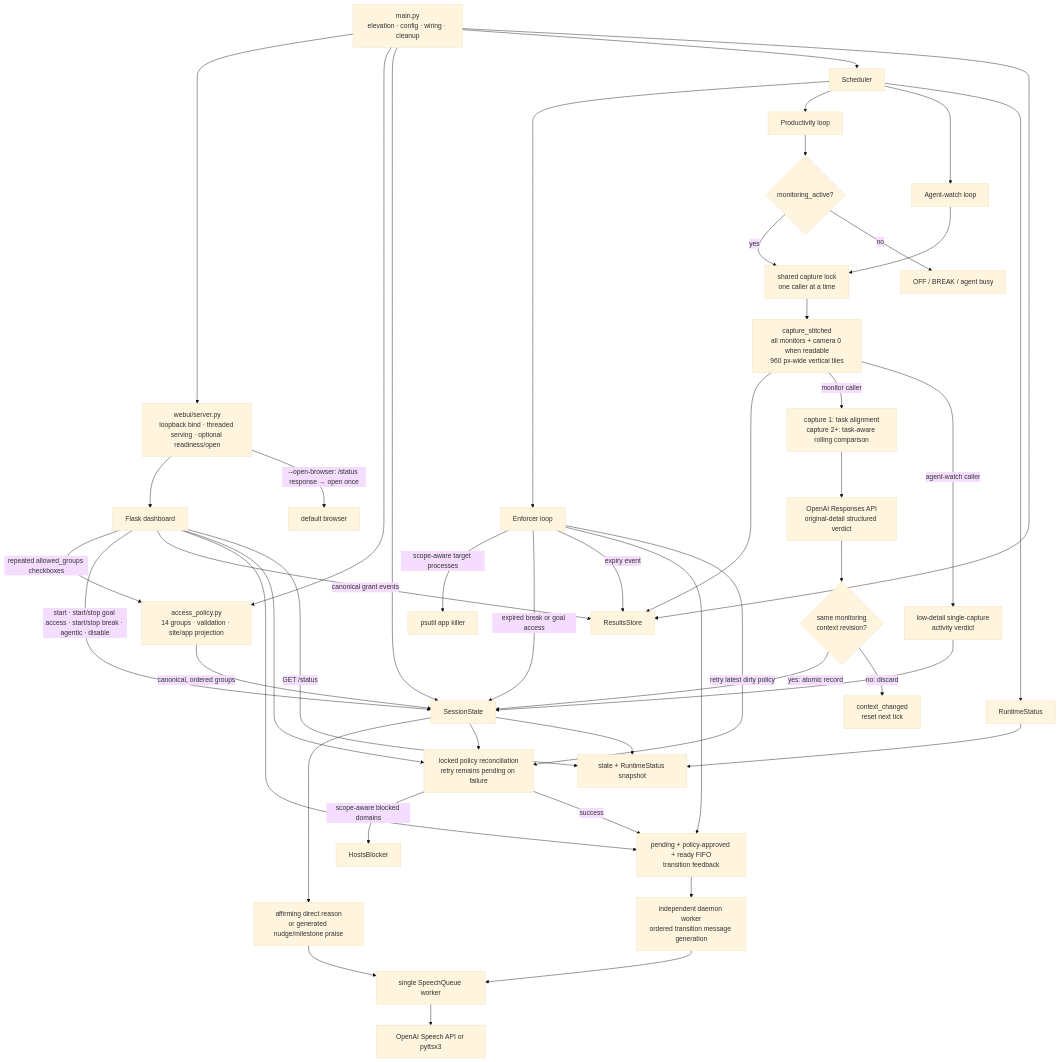
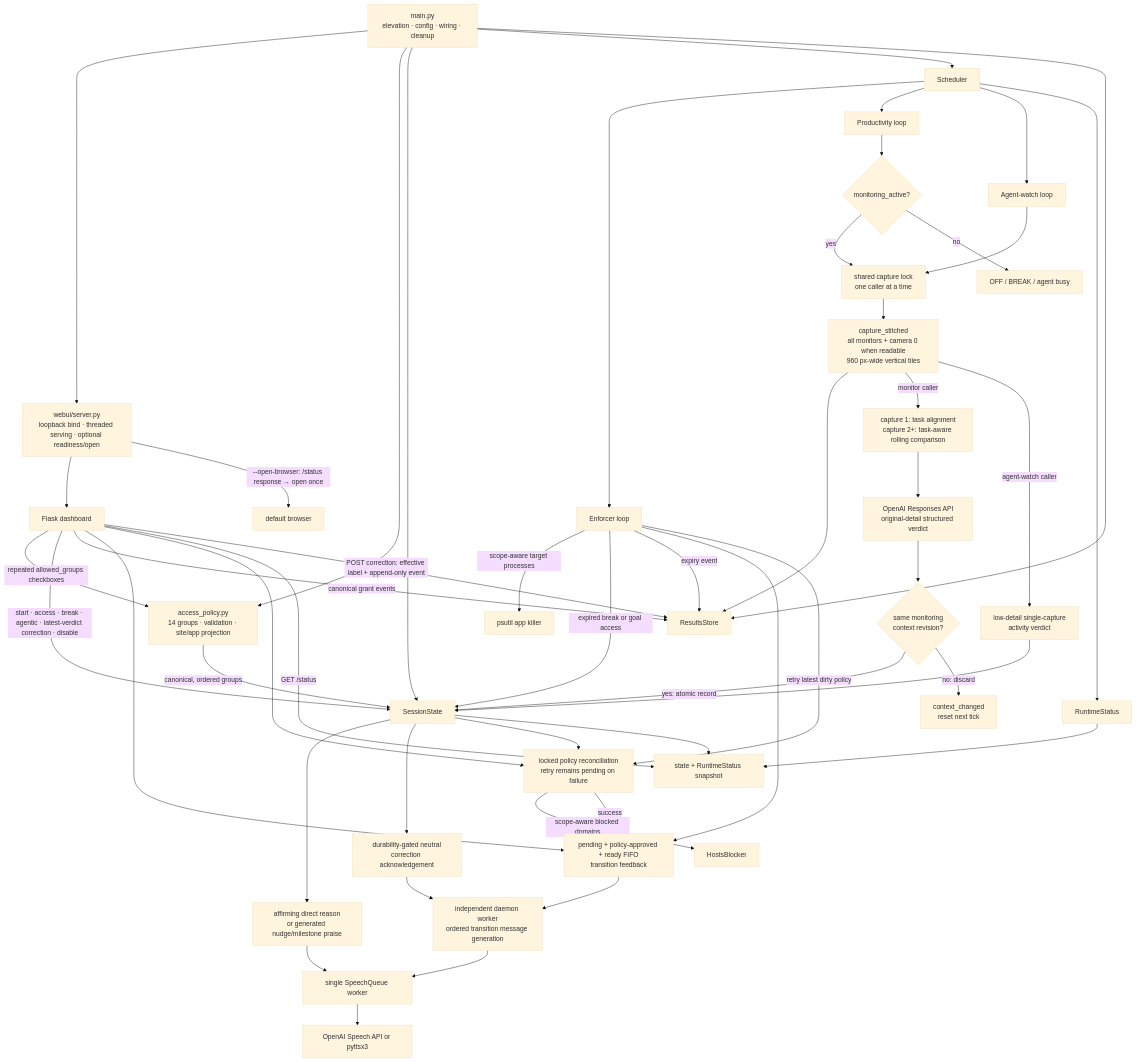
The diagram in README.md (BurnyCoder/deep-work-jarvis-waifu-supervisor), drawn with Mermaid (base theme) before and after one commit. The commit also changed other lines of this file and 5 other files, not shown here.

Commit message:
feat: add reversible latest verdict controls

````diff
--- a/README.md
+++ b/README.md
@@ -265,54 +278,57 @@
 ```mermaid
 flowchart TD
     Main["main.py<br/>elevation · config · wiring · cleanup"] --> Server["webui/server.py<br/>loopback bind · threaded serving · optional readiness/open"]
     Server --> UI["Flask dashboard"]
     Server -- "--open-browser: /status response → open once" --> Browser["default browser"]
     Main --> Policy["access_policy.py<br/>14 groups · validation · site/app projection"]
     Main --> State["SessionState"]
     Main --> Scheduler["Scheduler"]
     Main --> Store["ResultsStore"]
 
     UI -- "repeated allowed_groups checkboxes" --> Policy
     Policy -- "canonical, ordered groups" --> State
-    UI -- "start · start/stop goal access · start/stop break · agentic · disable" --> State
+    UI -- "start · access · break · agentic · latest-verdict correction · disable" --> State
     UI -- "canonical grant events" --> Store
     UI --> GoalFeedback["pending + policy-approved + ready FIFO<br/>transition feedback"]
     UI --> Reconcile["locked policy reconciliation<br/>retry remains pending on failure"]
     UI -- "GET /status" --> Status["state + RuntimeStatus snapshot"]
 
     Scheduler --> Enforcer["Enforcer loop"]
     Enforcer -- "scope-aware target processes" --> AppKiller["psutil app killer"]
     Enforcer -- "expired break or goal access" --> State
     Enforcer -- "expiry event" --> Store
     Enforcer --> GoalFeedback
     Enforcer -- "retry latest dirty policy" --> Reconcile
     Reconcile -- "scope-aware blocked domains" --> Hosts["HostsBlocker"]
     Reconcile -- "success" --> GoalFeedback
     GoalFeedback --> TransitionVoice["independent daemon worker<br/>ordered transition message generation"]
 
     Scheduler --> Monitor["Productivity loop"]
     Monitor --> Gate{"monitoring_active?"}
     Gate -- "yes" --> CaptureLock["shared capture lock<br/>one caller at a time"]
     Gate -- "no" --> Paused["OFF / BREAK / agent busy"]
     CaptureLock --> Capture["capture_stitched<br/>all monitors + camera 0 when readable<br/>960 px-wide vertical tiles"]
     Capture --> Store
     Capture -- "monitor caller" --> Analyzer["capture 1: task alignment<br/>capture 2+: task-aware rolling comparison"]
     Analyzer --> Vision["OpenAI Responses API<br/>original-detail structured verdict"]
     Vision --> ContextGate{"same monitoring<br/>context revision?"}
     ContextGate -- "yes: atomic record" --> State
     ContextGate -- "no: discard" --> Stale["context_changed<br/>reset next tick"]
     State --> Feedback["affirming direct reason<br/>or generated nudge/milestone praise"]
+    UI -- "POST correction: effective label + append-only event" --> Store
+    State --> CorrectionFeedback["durability-gated neutral<br/>correction acknowledgement"]
+    CorrectionFeedback --> TransitionVoice
     Feedback --> Speech["single SpeechQueue worker"]
     TransitionVoice --> Speech
     Speech --> TTS["OpenAI Speech API or pyttsx3"]
 
     Scheduler --> AgentWatch["Agent-watch loop"]
     AgentWatch --> CaptureLock
     Capture -- "agent-watch caller" --> AgentVision["low-detail single-capture<br/>activity verdict"]
     AgentVision --> State
     State --> Reconcile
 
     Scheduler --> Runtime["RuntimeStatus"]
     Runtime --> Status
     State --> Status
 ```
````
